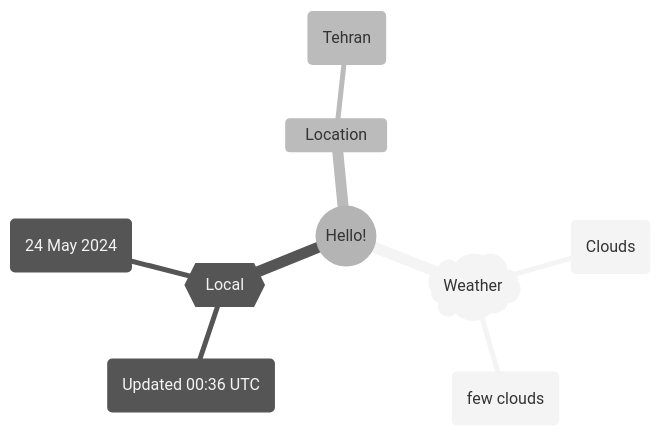
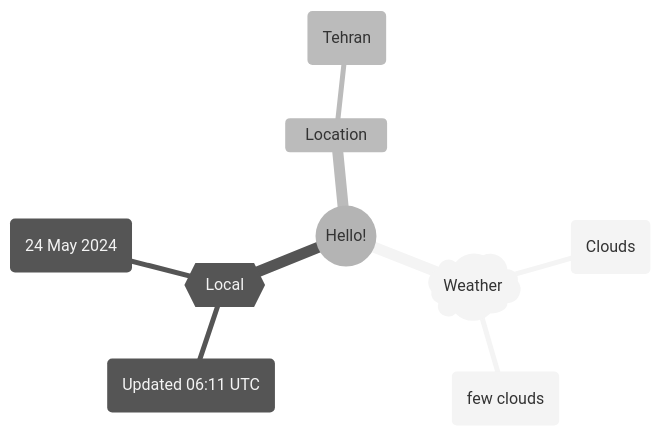
One commit to Xosrov/Xosrov changed the first of 2 diagrams in README.md. Above: the diagram before and after it, drawn with Mermaid (neutral theme).

Commit message:
[bot] updated images

````diff
--- a/README.md
+++ b/README.md
@@ -3,12 +3,12 @@
 ```mermaid
 mindmap
   root((Hello!))
     )Weather(
         (Clouds)
         (few clouds)
     {{Local}}
-        (Updated 00:36 UTC)
+        (Updated 06:11 UTC)
         (24 May 2024)
     Location
         (Tehran)
 ```
````
